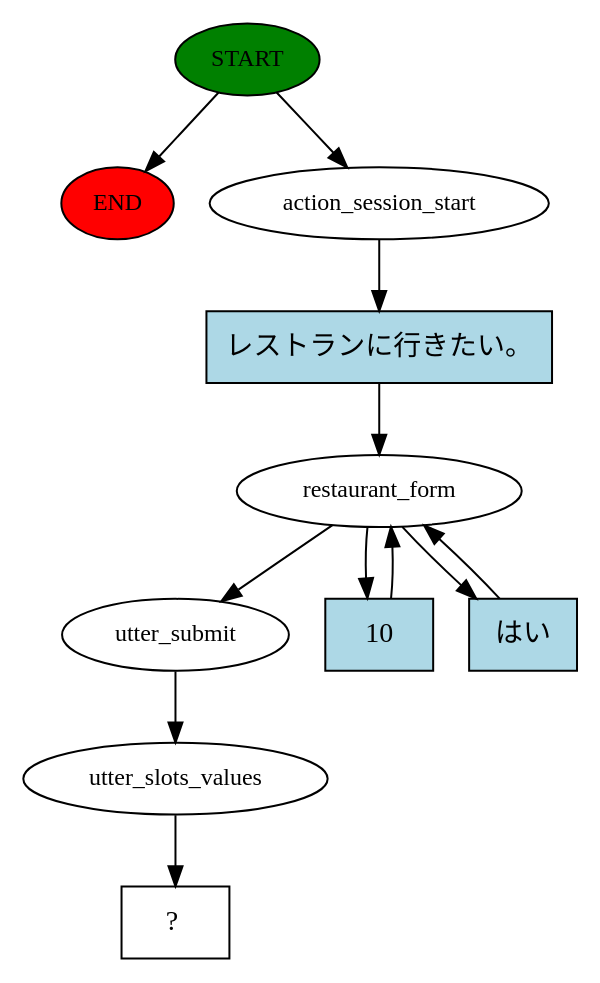
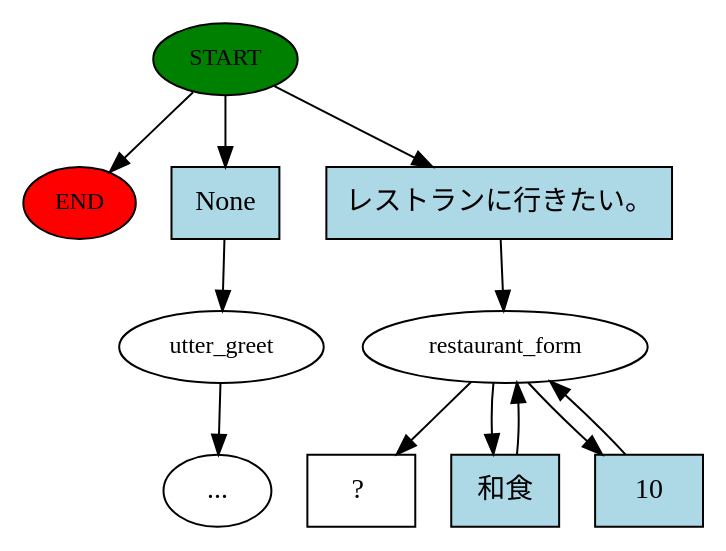
The diagram in FormFillingJa/story_graph.dot (shprintuzt/rasa), drawn with Graphviz before and after one commit. The commit also changed 3 other files, not shown here.

```diff
--- a/FormFillingJa/story_graph.dot
+++ b/FormFillingJa/story_graph.dot
@@ -1,23 +1,23 @@
 digraph  {
 0 [class="start active", fillcolor=green, fontsize=12, label=START, style=filled];
 "-1" [class=end, fillcolor=red, fontsize=12, label=END, style=filled];
-1 [class=active, fontsize=12, label=action_session_start];
-2 [class=active, fontsize=12, label=restaurant_form];
-6 [class=active, fontsize=12, label=utter_submit];
-7 [class=active, fontsize=12, label=utter_slots_values];
-8 [class="intent dashed active", label="  ?  ", shape=rect];
+1 [class="", fontsize=12, label=utter_greet];
+"-5" [class=ellipsis, label="..."];
+4 [class=active, fontsize=12, label=restaurant_form];
+7 [class="intent dashed active", label="  ?  ", shape=rect];
+8 [class=intent, fillcolor=lightblue, label=None, shape=rect, style=filled];
 9 [class="intent active", fillcolor=lightblue, label="レストランに行きたい。", shape=rect, style=filled];
-10 [class="intent active", fillcolor=lightblue, label=10, shape=rect, style=filled];
-11 [class="intent active", fillcolor=lightblue, label="はい", shape=rect, style=filled];
+10 [class="intent active", fillcolor=lightblue, label="和食", shape=rect, style=filled];
+11 [class="intent active", fillcolor=lightblue, label=10, shape=rect, style=filled];
 0 -> "-1"  [class="", key=NONE, label=""];
-0 -> 1  [class=active, key=NONE, label=""];
-1 -> 9  [class=active, key=0];
-2 -> 6  [class=active, key=NONE, label=""];
-2 -> 10  [class=active, key=0];
-2 -> 11  [class=active, key=0];
-6 -> 7  [class=active, key=NONE, label=""];
-7 -> 8  [class=active, key=NONE, label=""];
-9 -> 2  [class=active, key=0];
-10 -> 2  [class=active, key=0];
-11 -> 2  [class=active, key=0];
+0 -> 8  [class="", key=0];
+0 -> 9  [class=active, key=0];
+1 -> "-5"  [class="", key=NONE, label=""];
+4 -> 7  [class=active, key=NONE, label=""];
+4 -> 10  [class=active, key=0];
+4 -> 11  [class=active, key=0];
+8 -> 1  [class="", key=0];
+9 -> 4  [class=active, key=0];
+10 -> 4  [class=active, key=0];
+11 -> 4  [class=active, key=0];
 }
```
